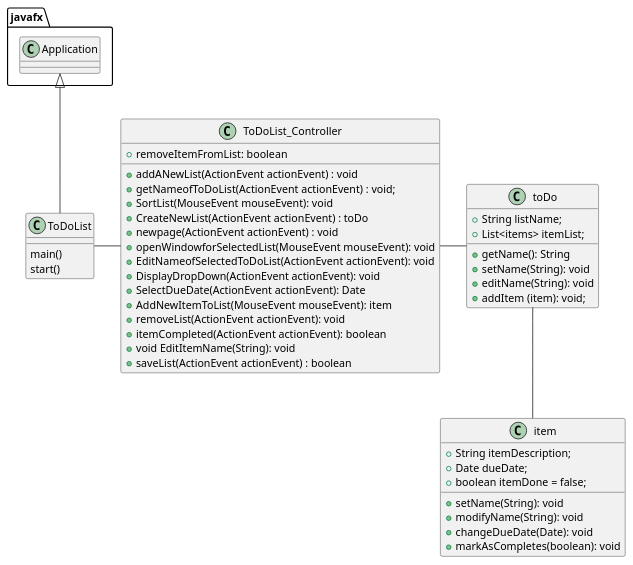
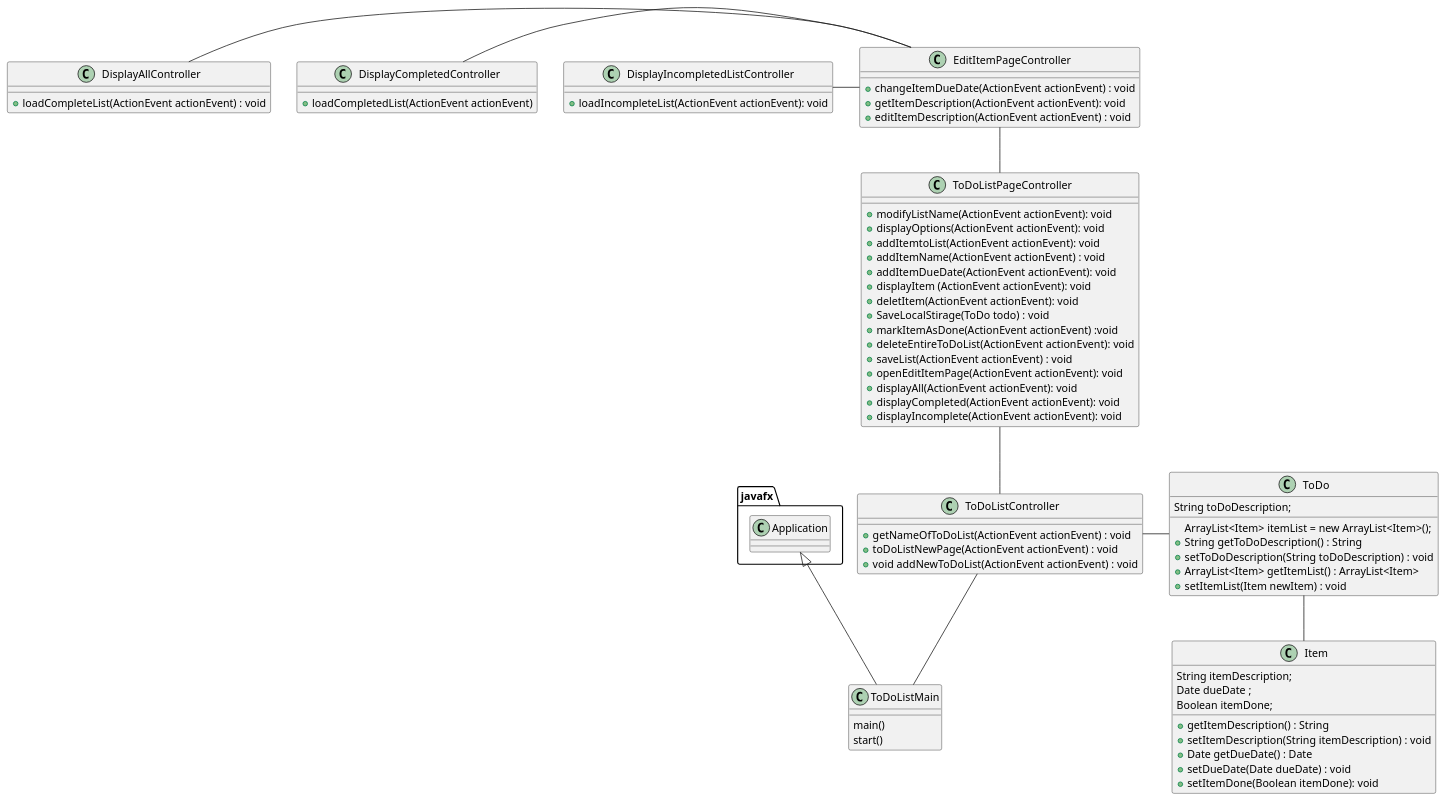
The diagram in UML/ToDoListApp.puml (SaharaSheik/Sheikholeslami-cop3330-assignment4), drawn with PlantUML before and after one commit. The commit also changed 16 other files, not shown here.

```diff
--- a/UML/ToDoListApp.puml
+++ b/UML/ToDoListApp.puml
@@ -1,57 +1,91 @@
 @startuml
 'https://plantuml.com/sequence-diagram
 
-class ToDoList{
+class ToDoListMain{
     main()
     start()
 }
 
-class ToDoList_Controller {
- +addANewList(ActionEvent actionEvent) : void
- +getNameofToDoList(ActionEvent actionEvent) : void;
- + SortList(MouseEvent mouseEvent): void
- + CreateNewList(ActionEvent actionEvent) : toDo
- + newpage(ActionEvent actionEvent) : void
- +openWindowforSelectedList(MouseEvent mouseEvent): void
- + EditNameofSelectedToDoList(ActionEvent actionEvent): void
- +DisplayDropDown(ActionEvent actionEvent): void
- +SelectDueDate(ActionEvent actionEvent): Date
- + AddNewItemToList(MouseEvent mouseEvent): item
- + removeList(ActionEvent actionEvent): void
- + itemCompleted(ActionEvent actionEvent): boolean
- + removeItemFromList: boolean
- + void EditItemName(String): void
- + saveList(ActionEvent actionEvent) : boolean
+class EditItemPageController {
+
++changeItemDueDate(ActionEvent actionEvent) : void
++getItemDescription(ActionEvent actionEvent): void
++ editItemDescription(ActionEvent actionEvent) : void
+
+}
+
+class DisplayAllController {
++loadCompleteList(ActionEvent actionEvent) : void
+}
+
+class DisplayCompletedController {
+
++loadCompletedList(ActionEvent actionEvent)
+}
+
+class DisplayIncompletedListController {
++loadIncompleteList(ActionEvent actionEvent): void
+}
+
+class Item{
+ String itemDescription;
+ Date dueDate ;
+ Boolean itemDone;
+
+ + getItemDescription() : String
+ + setItemDescription(String itemDescription) : void
+ +Date getDueDate() : Date
+ + setDueDate(Date dueDate) : void
+ + setItemDone(Boolean itemDone): void
+
+}
+
+class ToDo {
+
+    String toDoDescription;
+    ArrayList<Item> itemList = new ArrayList<Item>();
+    + String getToDoDescription() : String
+    + setToDoDescription(String toDoDescription) : void
+    + ArrayList<Item> getItemList() : ArrayList<Item>
+    +  setItemList(Item newItem) : void
+
+}
+
+class ToDoListController {
++ getNameOfToDoList(ActionEvent actionEvent) : void
++ toDoListNewPage(ActionEvent actionEvent) : void
++  void addNewToDoList(ActionEvent actionEvent) : void
+}
+
+class ToDoListPageController {
++ modifyListName(ActionEvent actionEvent): void
++ displayOptions(ActionEvent actionEvent): void
++ addItemtoList(ActionEvent actionEvent): void
++ addItemName(ActionEvent actionEvent) : void
++ addItemDueDate(ActionEvent actionEvent): void
++ displayItem (ActionEvent actionEvent): void
++  deletItem(ActionEvent actionEvent): void
++ SaveLocalStirage(ToDo todo) : void
++ markItemAsDone(ActionEvent actionEvent) :void
++ deleteEntireToDoList(ActionEvent actionEvent): void
++ saveList(ActionEvent actionEvent) : void
++ openEditItemPage(ActionEvent actionEvent): void
++  displayAll(ActionEvent actionEvent): void
++ displayCompleted(ActionEvent actionEvent): void
++ displayIncomplete(ActionEvent actionEvent): void
+
 
 
 }
 
-class toDo{
+javafx.Application <|-- ToDoListMain
+ToDoListController -- ToDoListMain
+ToDoListController - ToDo
+ToDo -- Item
+DisplayAllController - EditItemPageController
+DisplayCompletedController - EditItemPageController
+DisplayIncompletedListController - EditItemPageController
+EditItemPageController -- ToDoListPageController
+ToDoListPageController -- ToDoListController
 
- +String listName;
- +List<items> itemList;
-
- +getName(): String
- +setName(String): void
- +editName(String): void
- +addItem (item): void;
-
-}
-
-class item {
-    +String itemDescription;
-    +Date dueDate;
-    +boolean itemDone = false;
-
-    +setName(String): void
-    +modifyName(String): void
-    +changeDueDate(Date): void
-    +markAsCompletes(boolean): void
-
-
-}
-javafx.Application <|-- ToDoList
-ToDoList - ToDoList_Controller
-ToDoList_Controller - toDo
-toDo -- item
 @enduml
```
